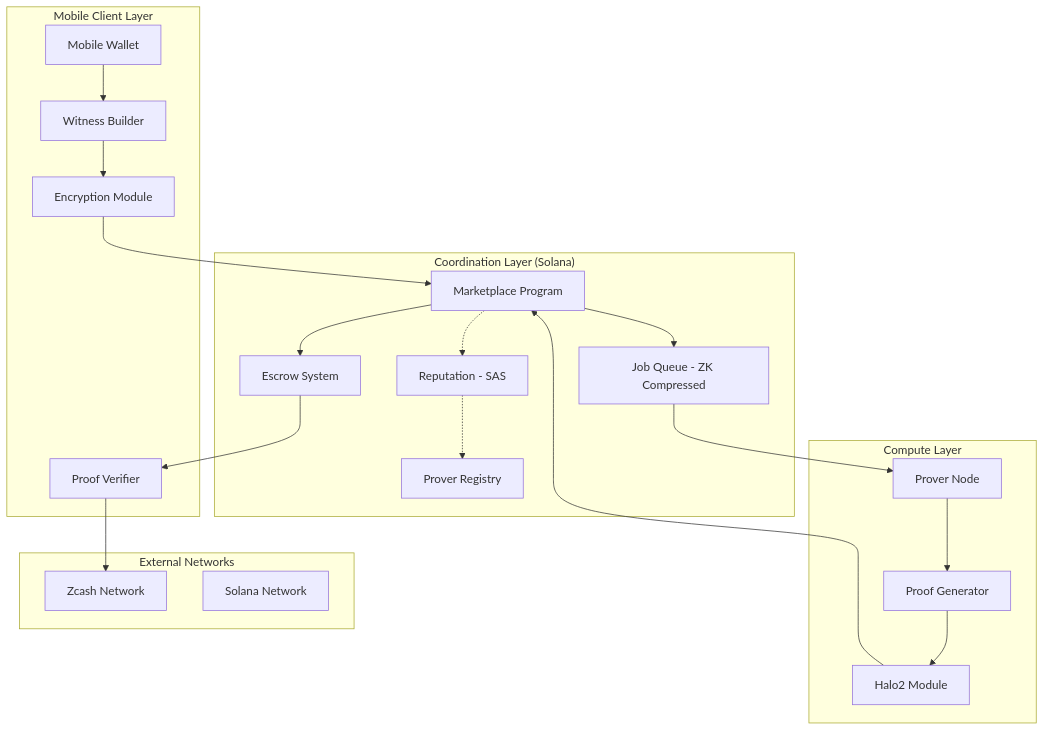
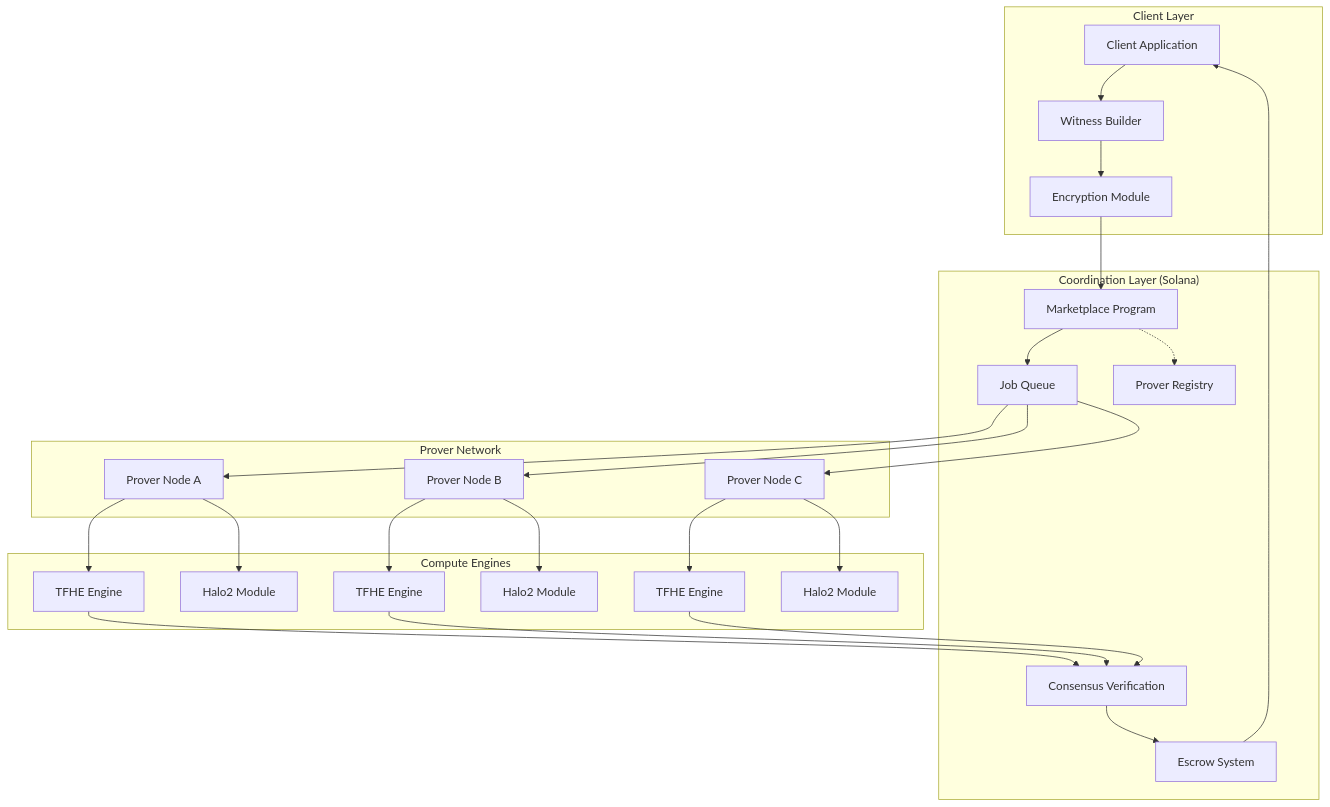
The first of 6 diagrams in docs/ARCHITECTURE.md (8ctag0n/13), drawn with Mermaid before and after one commit. The commit also changed other lines of this file and 19 other files, not shown here.

````diff
--- a/docs/ARCHITECTURE.md
+++ b/docs/ARCHITECTURE.md
@@ -30,42 +33,56 @@
 ```mermaid
 graph TB
-    subgraph "Mobile Client Layer"
-        MW[Mobile Wallet]
+    subgraph "Client Layer"
+        CL[Client Application]
         WB[Witness Builder]
         ENC[Encryption Module]
-        VER[Proof Verifier]
     end
 
     subgraph "Coordination Layer (Solana)"
         MP[Marketplace Program]
-        JQ[Job Queue - ZK Compressed]
+        JQ[Job Queue]
         PR[Prover Registry]
         ES[Escrow System]
-        REP[Reputation - SAS]
+        CONS[Consensus Verification]
     end
 
-    subgraph "Compute Layer"
-        PN[Prover Node]
-        PP[Proof Generator]
-        HM[Halo2 Module]
+    subgraph "Prover Network"
+        PN1[Prover Node A]
+        PN2[Prover Node B]
+        PN3[Prover Node C]
     end
 
-    subgraph "External Networks"
-        ZN[Zcash Network]
-        SN[Solana Network]
+    subgraph "Compute Engines"
+        FHE1[TFHE Engine]
+        FHE2[TFHE Engine]
+        FHE3[TFHE Engine]
+        ZK1[Halo2 Module]
+        ZK2[Halo2 Module]
+        ZK3[Halo2 Module]
     end
 
-    MW --> WB
+    CL --> WB
     WB --> ENC
     ENC --> MP
     MP --> JQ
-    JQ --> PN
-    PN --> PP
-    PP --> HM
-    HM --> MP
-    MP --> ES
-    ES --> VER
-    VER --> ZN
-    MP -.-> REP
-    REP -.-> PR
+
+    JQ --> PN1
+    JQ --> PN2
+    JQ --> PN3
+
+    PN1 --> FHE1
+    PN1 --> ZK1
+    PN2 --> FHE2
+    PN2 --> ZK2
+    PN3 --> FHE3
+    PN3 --> ZK3
+
+    FHE1 --> CONS
+    FHE2 --> CONS
+    FHE3 --> CONS
+
+    CONS --> ES
+    ES --> CL
+
+    MP -.-> PR
 ```
````
